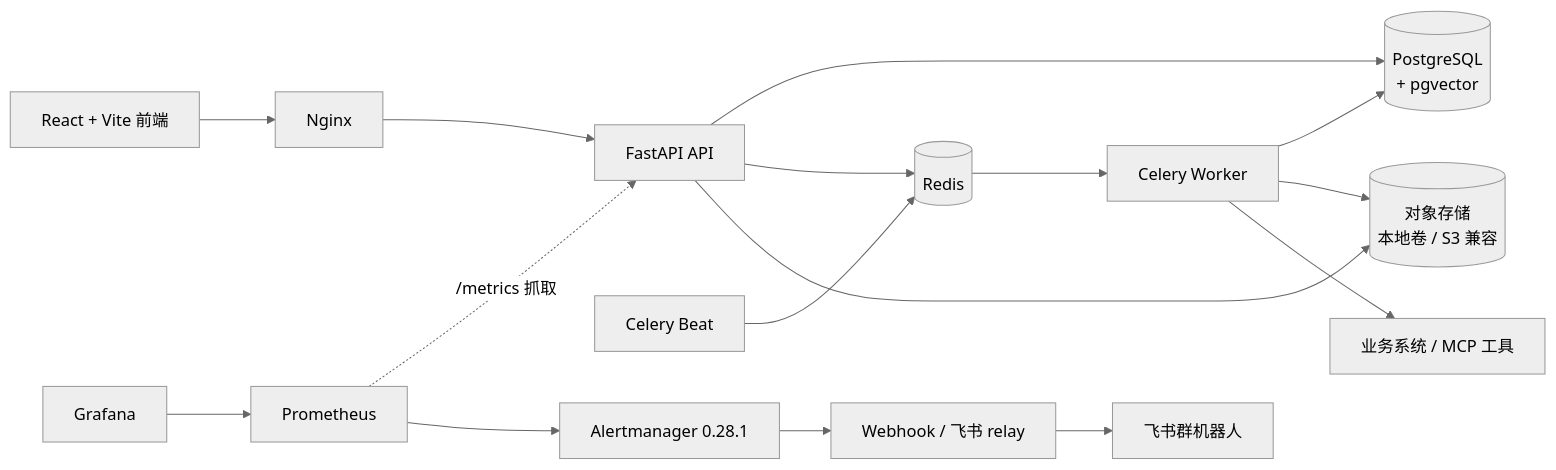
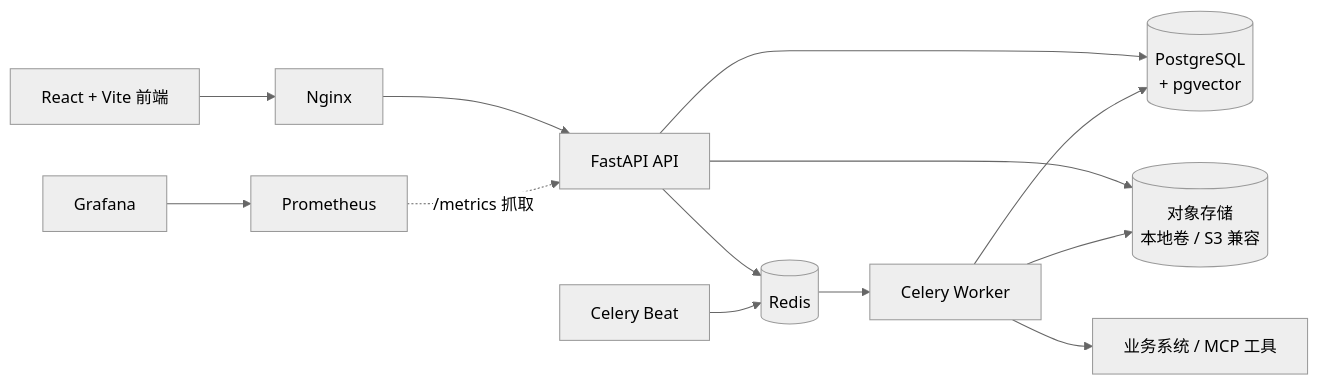
The diagram in README.md (github0117/onduty-platform), drawn with Mermaid (neutral theme) before and after one commit. The commit also changed other lines of this file and 1 other file, not shown here.

````diff
--- a/README.md
+++ b/README.md
@@ -80,18 +80,15 @@
 ```mermaid
 flowchart LR
   Web["React + Vite 前端"] --> Nginx["Nginx"]
   Nginx --> API["FastAPI API"]
   API --> PG[("PostgreSQL<br/>+ pgvector")]
   API --> Redis[("Redis")]
   API --> Store[("对象存储<br/>本地卷 / S3 兼容")]
   Redis --> Worker["Celery Worker"]
   Worker --> PG
   Worker --> Store
   Worker --> Biz["业务系统 / MCP 工具"]
   Beat["Celery Beat"] --> Redis
   Prom["Prometheus"] -. "/metrics 抓取" .-> API
-  Prom --> Alertmanager["Alertmanager 0.28.1"]
-  Alertmanager --> Relay["Webhook / 飞书 relay"]
-  Relay --> Feishu["飞书群机器人"]
   Grafana["Grafana"] --> Prom
 ```
````
